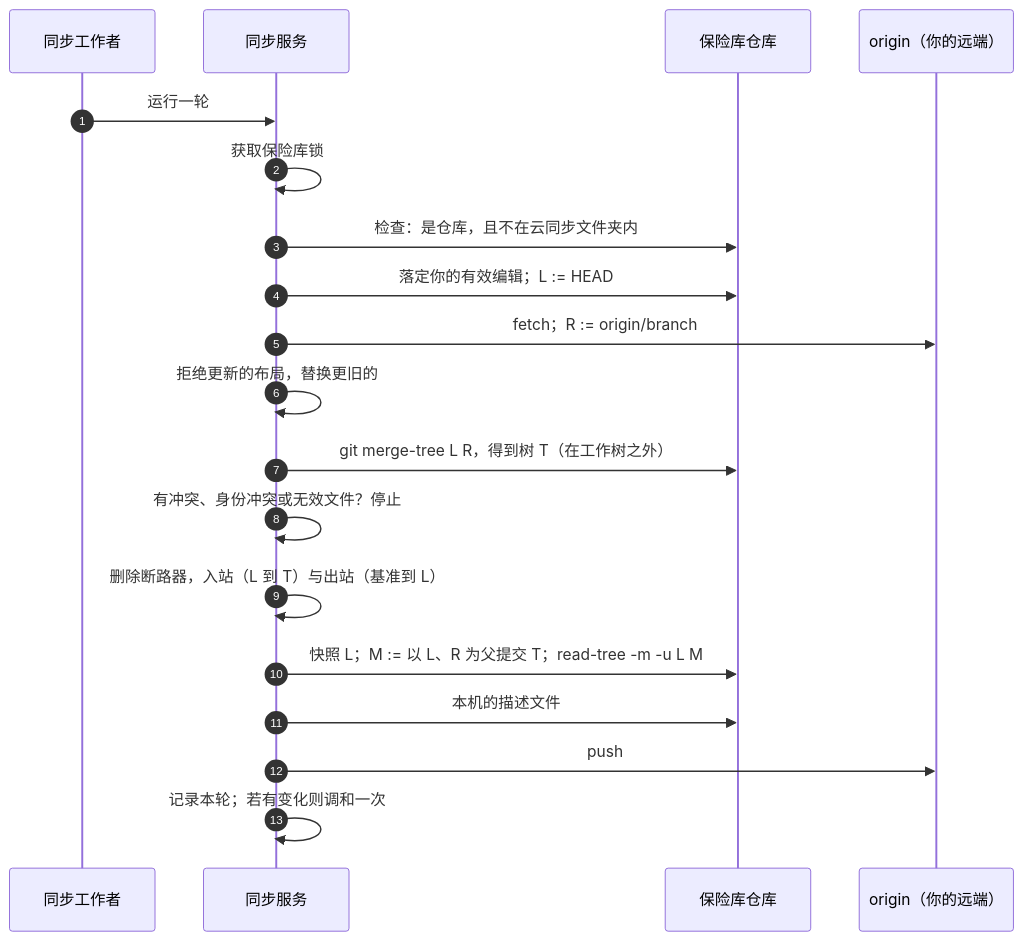
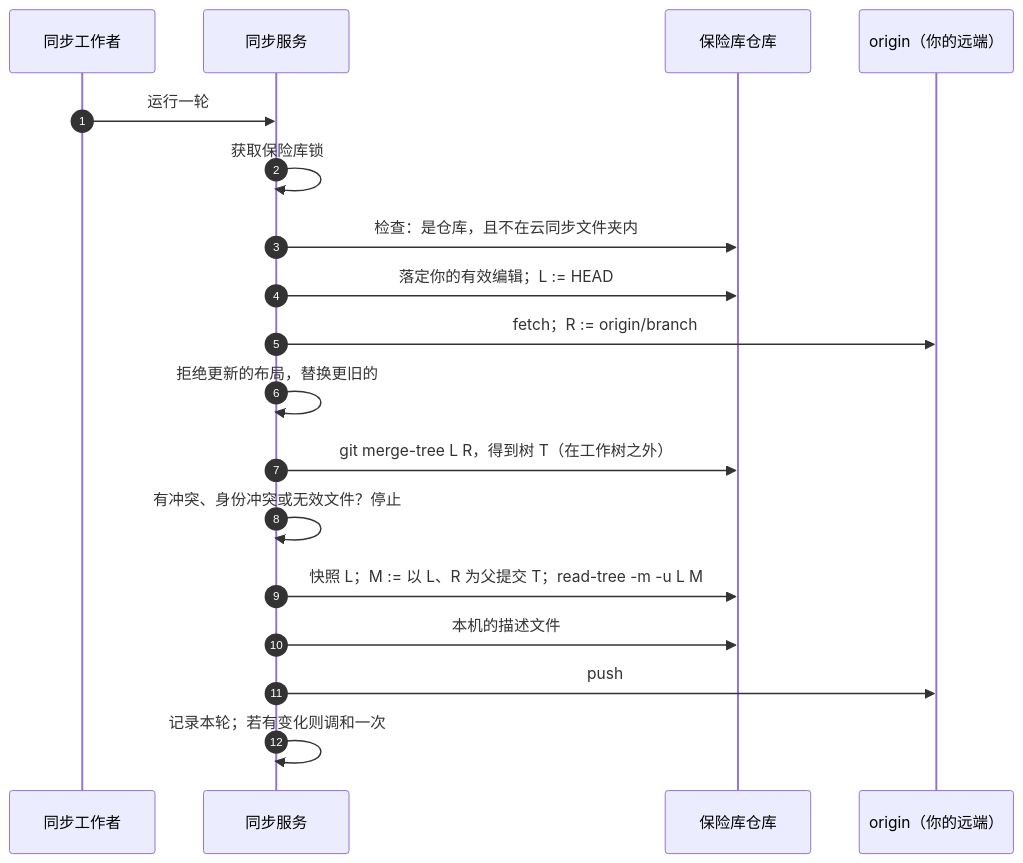
One commit to wyx-sg/Coffer changed the diagram in docs-site/zh/architecture/vault-sync.md. Above: the diagram before and after it, drawn with Mermaid. The commit also changed other lines of this file and 139 other files, not shown here.

````diff
--- a/docs-site/zh/architecture/vault-sync.md
+++ b/docs-site/zh/architecture/vault-sync.md
@@ -56,21 +56,20 @@
 ```mermaid
 sequenceDiagram
     autonumber
     participant W as 同步工作者
     participant S as 同步服务
     participant V as 保险库仓库
     participant O as origin（你的远端）
     W->>S: 运行一轮
     S->>S: 获取保险库锁
     S->>V: 检查：是仓库，且不在云同步文件夹内
     S->>V: 落定你的有效编辑；L := HEAD
     S->>O: fetch；R := origin/branch
     S->>S: 拒绝更新的布局，替换更旧的
     S->>V: git merge-tree L R，得到树 T（在工作树之外）
     S->>S: 有冲突、身份冲突或无效文件？停止
-    S->>S: 删除断路器，入站（L 到 T）与出站（基准到 L）
     S->>V: 快照 L；M := 以 L、R 为父提交 T；read-tree -m -u L M
     S->>V: 本机的描述文件
     S->>O: push
     S->>S: 记录本轮；若有变化则调和一次
 ```
````
